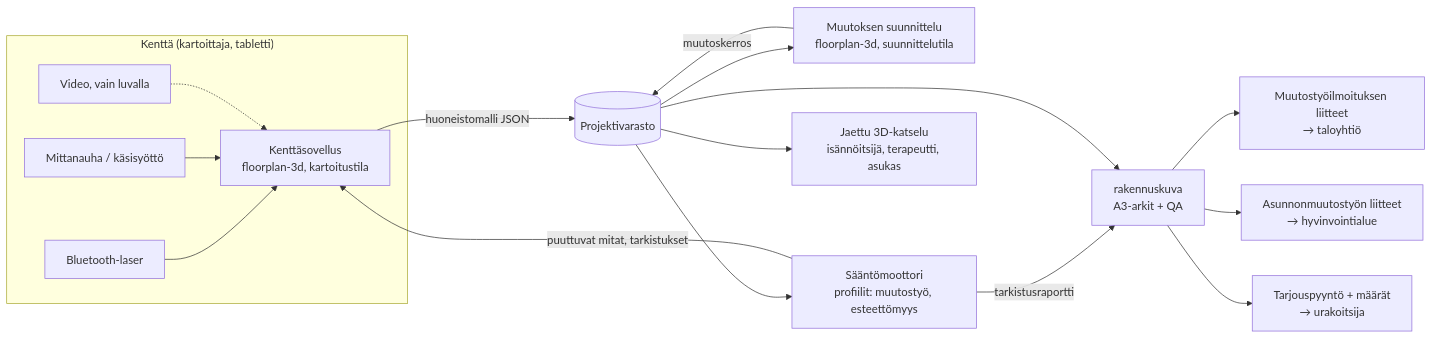
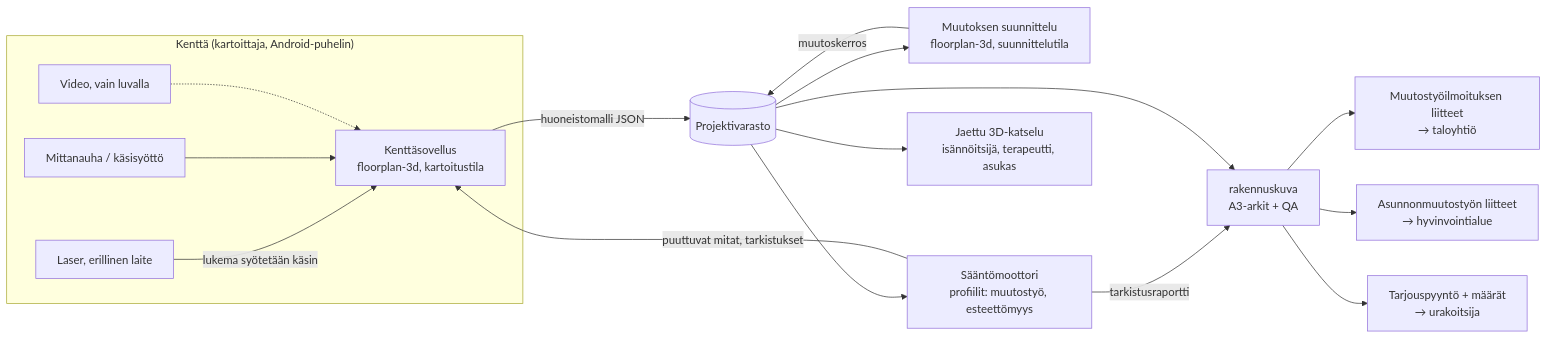
The diagram in docs/kodin-muutostyokuva/ARKKITEHTUURI.md (jaakjuu1/floorplan-3d), drawn with Mermaid before and after one commit. The commit also changed other lines of this file and 1 other file, not shown here.

First line of the commit message:
Päivitä muutostyökuvan suunnitelma: Android-puhelin, Vite, mittojen käsisyöttö

````diff
--- a/docs/kodin-muutostyokuva/ARKKITEHTUURI.md
+++ b/docs/kodin-muutostyokuva/ARKKITEHTUURI.md
@@ -145,19 +145,19 @@
 ```mermaid
 flowchart LR
-  subgraph FIELD["Kenttä (kartoittaja, tabletti)"]
-    L[Bluetooth-laser] --> K[Kenttäsovellus<br/>floorplan-3d, kartoitustila]
+  subgraph FIELD["Kenttä (kartoittaja, Android-puhelin)"]
+    L[Laser, erillinen laite] -->|lukema syötetään käsin| K[Kenttäsovellus<br/>floorplan-3d, kartoitustila]
     N[Mittanauha / käsisyöttö] --> K
     V[Video, vain luvalla] -.-> K
   end
   K -->|huoneistomalli JSON| S[(Projektivarasto)]
   S --> E[Muutoksen suunnittelu<br/>floorplan-3d, suunnittelutila]
   E -->|muutoskerros| S
   S --> R[Sääntömoottori<br/>profiilit: muutostyö, esteettömyys]
   R -->|puuttuvat mitat, tarkistukset| K
   R -->|tarkistusraportti| O
   S --> O[rakennuskuva<br/>A3-arkit + QA]
   O --> P1[Muutostyöilmoituksen liitteet<br/>→ taloyhtiö]
   O --> P2[Asunnonmuutostyön liitteet<br/>→ hyvinvointialue]
   O --> P3[Tarjouspyyntö + määrät<br/>→ urakoitsija]
   S --> W[Jaettu 3D-katselu<br/>isännöitsijä, terapeutti, asukas]
 ```
````
